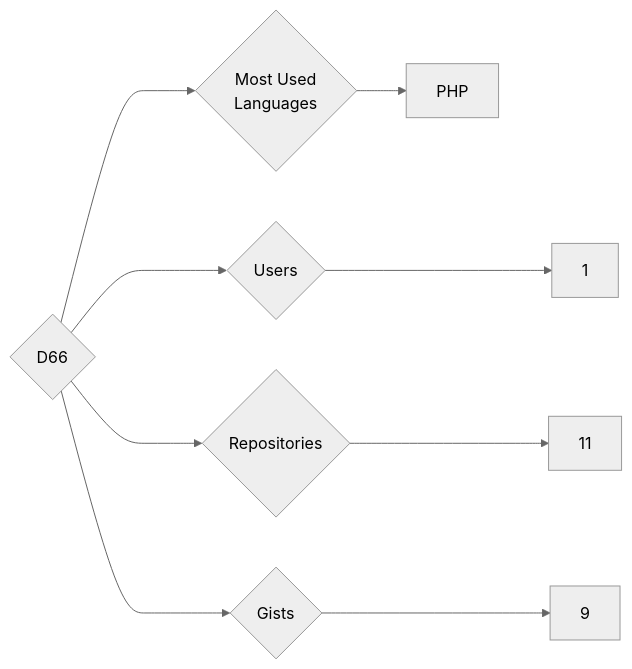
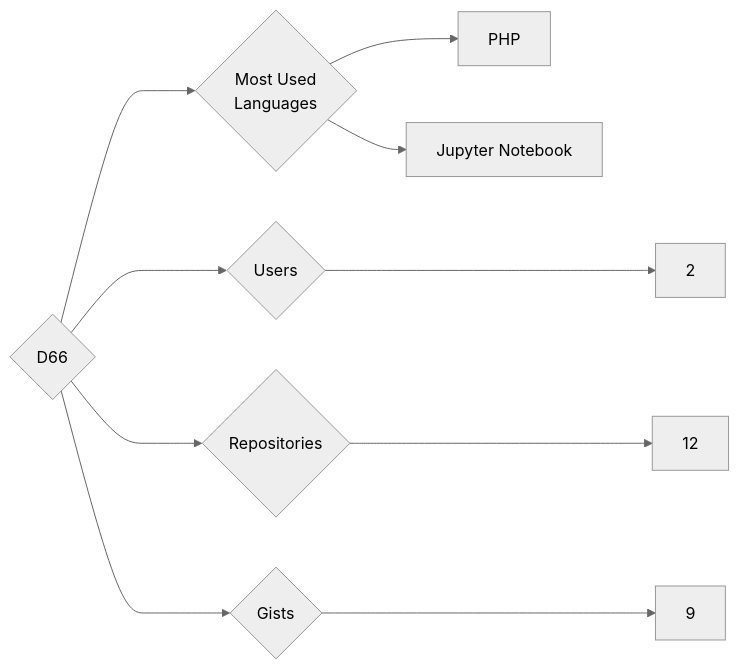
Before and after one commit to trickest/insiders: the diagram in targets/D66/README.md, drawn with Mermaid (neutral theme). The commit also changed 681 other files, not shown here.

````diff
--- a/targets/D66/README.md
+++ b/targets/D66/README.md
@@ -3,9 +3,10 @@
 ```mermaid
 graph LR
 COMPANY_NAME{D66}
-COMPANY_NAME ---> U{Users} ---> UN[1]
-COMPANY_NAME ---> R{Repositories} ---> RN[11]
+COMPANY_NAME ---> U{Users} ---> UN[2]
+COMPANY_NAME ---> R{Repositories} ---> RN[12]
 COMPANY_NAME ---> G{Gists} ---> GN[9]
 COMPANY_NAME ---> ML{Most Used<br>Languages}
 ML --> PHP[PHP]
+ML --> Jupyter_Notebook[Jupyter Notebook]
 ```
````
